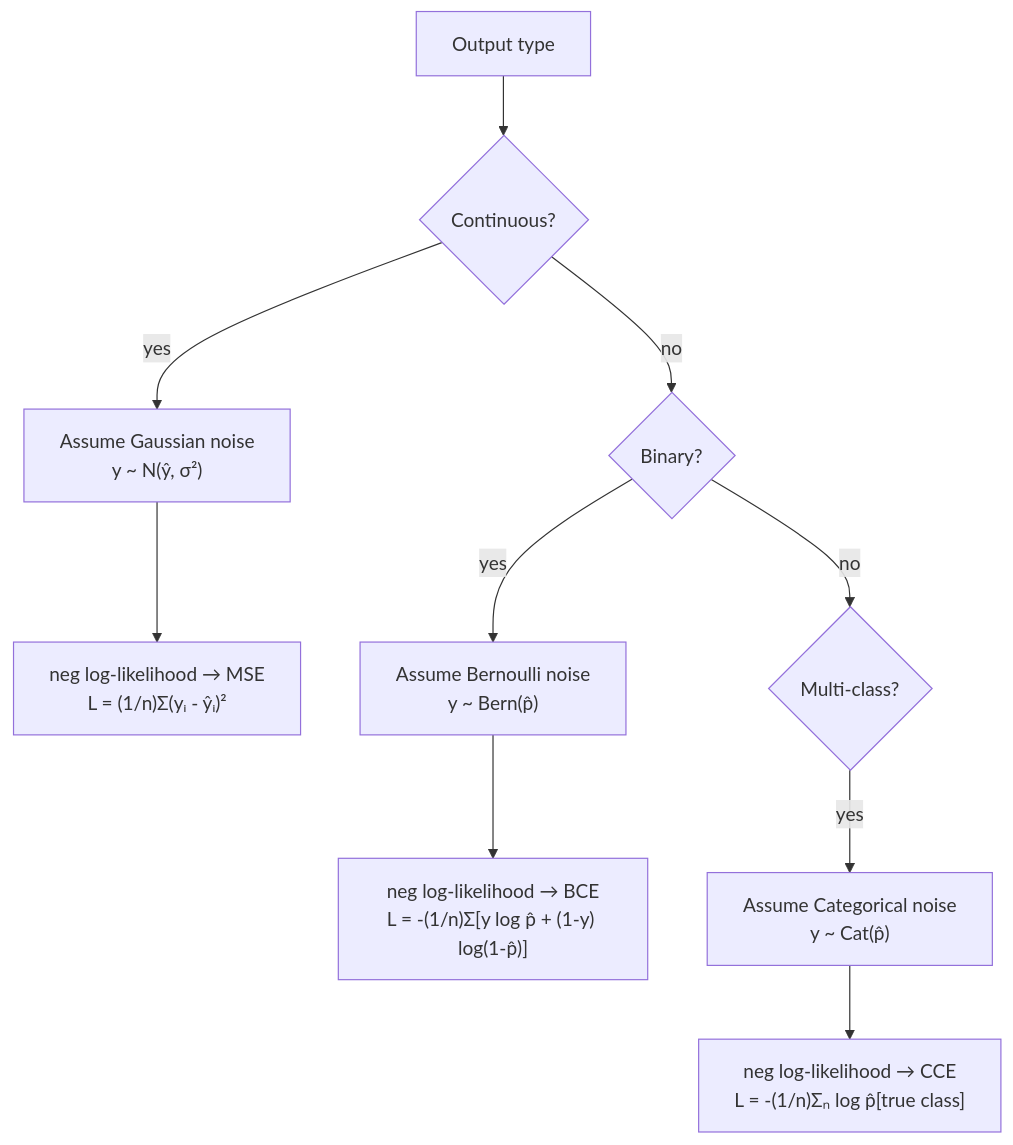
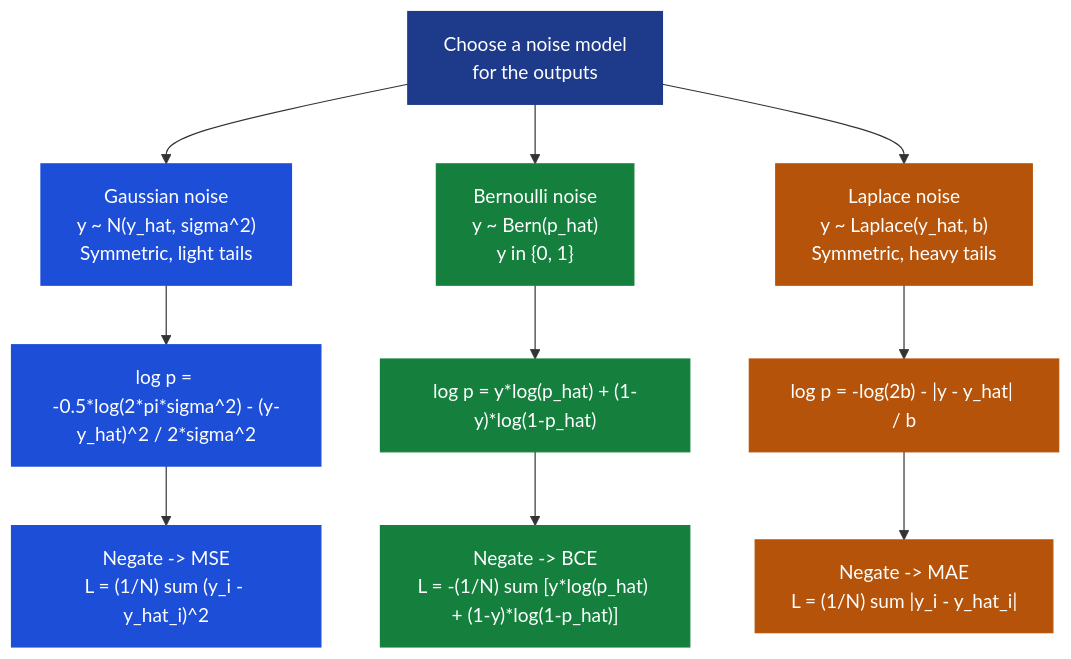
Before and after one commit to deepakshamsft/ai-portfolio: the first of 3 diagrams in notes/01-ml/03_neural_networks/ch07_mle_loss_functions/README.md, drawn with Mermaid. The commit also changed other lines of this file and 727 other files, not shown here.

````diff
--- a/notes/01-ml/03_neural_networks/ch07_mle_loss_functions/README.md
+++ b/notes/01-ml/03_neural_networks/ch07_mle_loss_functions/README.md
@@ -198,12 +452,27 @@
 ```mermaid
 flowchart TD
- A["Output type"] --> B{"Continuous?"}
- B -->|yes| C["Assume Gaussian noise\ny ~ N(ŷ, σ²)"]
- C --> D["neg log-likelihood → MSE\nL = (1/n)Σ(yᵢ - ŷᵢ)²"]
- B -->|no| E{"Binary?"}
- E -->|yes| F["Assume Bernoulli noise\ny ~ Bern(p̂)"]
- F --> G["neg log-likelihood → BCE\nL = -(1/n)Σ[y log p̂ + (1-y) log(1-p̂)]"]
- E -->|no| H{"Multi-class?"}
- H -->|yes| I["Assume Categorical noise\ny ~ Cat(p̂)"]
- I --> J["neg log-likelihood → CCE\nL = -(1/n)Σₙ log p̂[true class]"]
+    NOISE["Choose a noise model\nfor the outputs"] --> G & B & L
+
+    G["Gaussian noise\ny ~ N(y_hat, sigma^2)\nSymmetric, light tails"]
+    B["Bernoulli noise\ny ~ Bern(p_hat)\ny in {0, 1}"]
+    L["Laplace noise\ny ~ Laplace(y_hat, b)\nSymmetric, heavy tails"]
+
+    G --> GLL["log p = -0.5*log(2*pi*sigma^2) - (y-y_hat)^2 / 2*sigma^2"]
+    B --> BLL["log p = y*log(p_hat) + (1-y)*log(1-p_hat)"]
+    L --> LLL["log p = -log(2b) - |y - y_hat| / b"]
+
+    GLL --> GNLL["Negate -> MSE\nL = (1/N) sum (y_i - y_hat_i)^2"]
+    BLL --> BNLL["Negate -> BCE\nL = -(1/N) sum [y*log(p_hat) + (1-y)*log(1-p_hat)]"]
+    LLL --> LNLL["Negate -> MAE\nL = (1/N) sum |y_i - y_hat_i|"]
+
+    style NOISE fill:#1e3a8a,color:#fff,stroke:#1e3a8a
+    style G fill:#1d4ed8,color:#fff,stroke:#1d4ed8
+    style B fill:#15803d,color:#fff,stroke:#15803d
+    style L fill:#b45309,color:#fff,stroke:#b45309
+    style GLL fill:#1d4ed8,color:#fff,stroke:#1d4ed8
+    style BLL fill:#15803d,color:#fff,stroke:#15803d
+    style LLL fill:#b45309,color:#fff,stroke:#b45309
+    style GNLL fill:#1d4ed8,color:#fff,stroke:#1d4ed8
+    style BNLL fill:#15803d,color:#fff,stroke:#15803d
+    style LNLL fill:#b45309,color:#fff,stroke:#b45309
 ```
````
